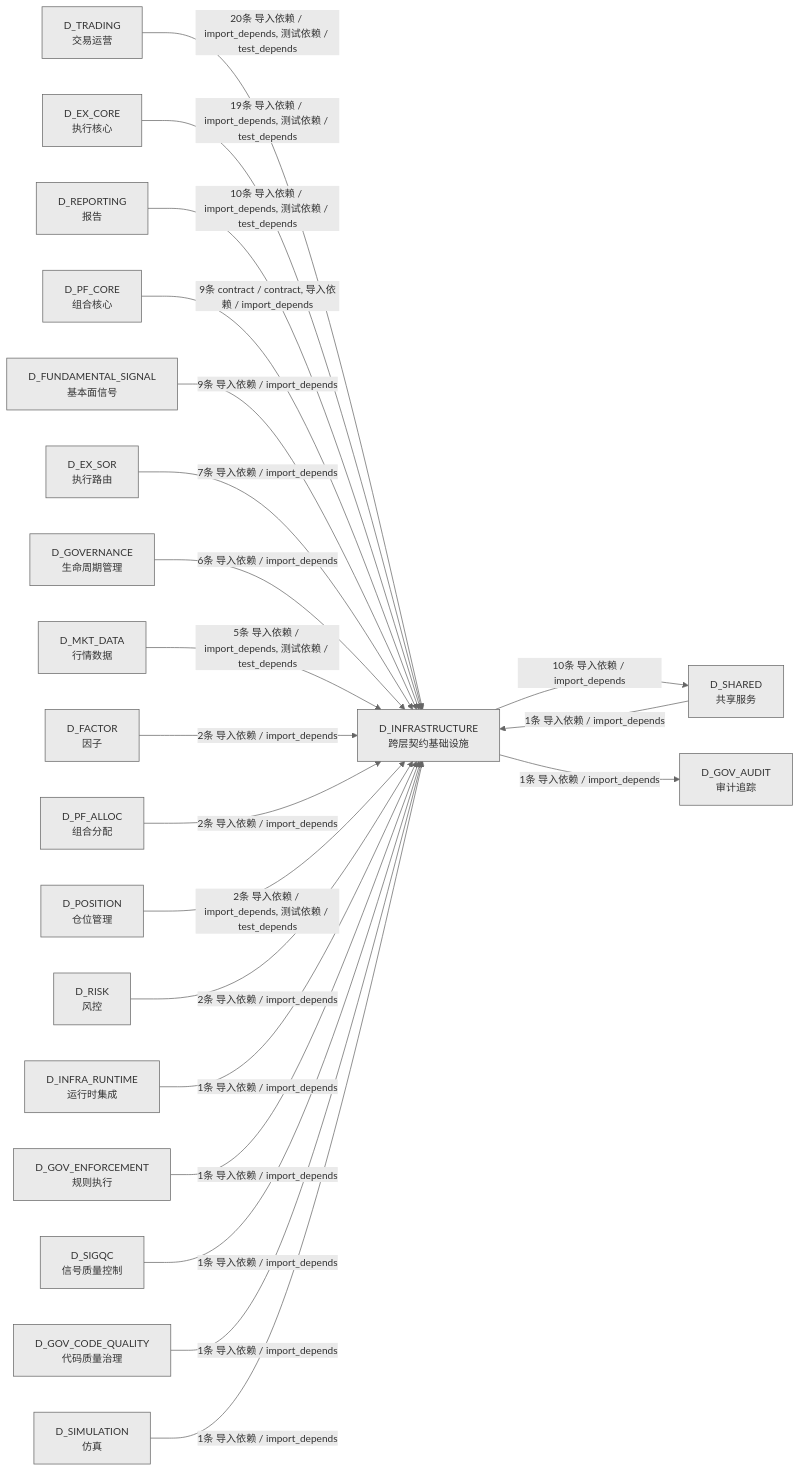
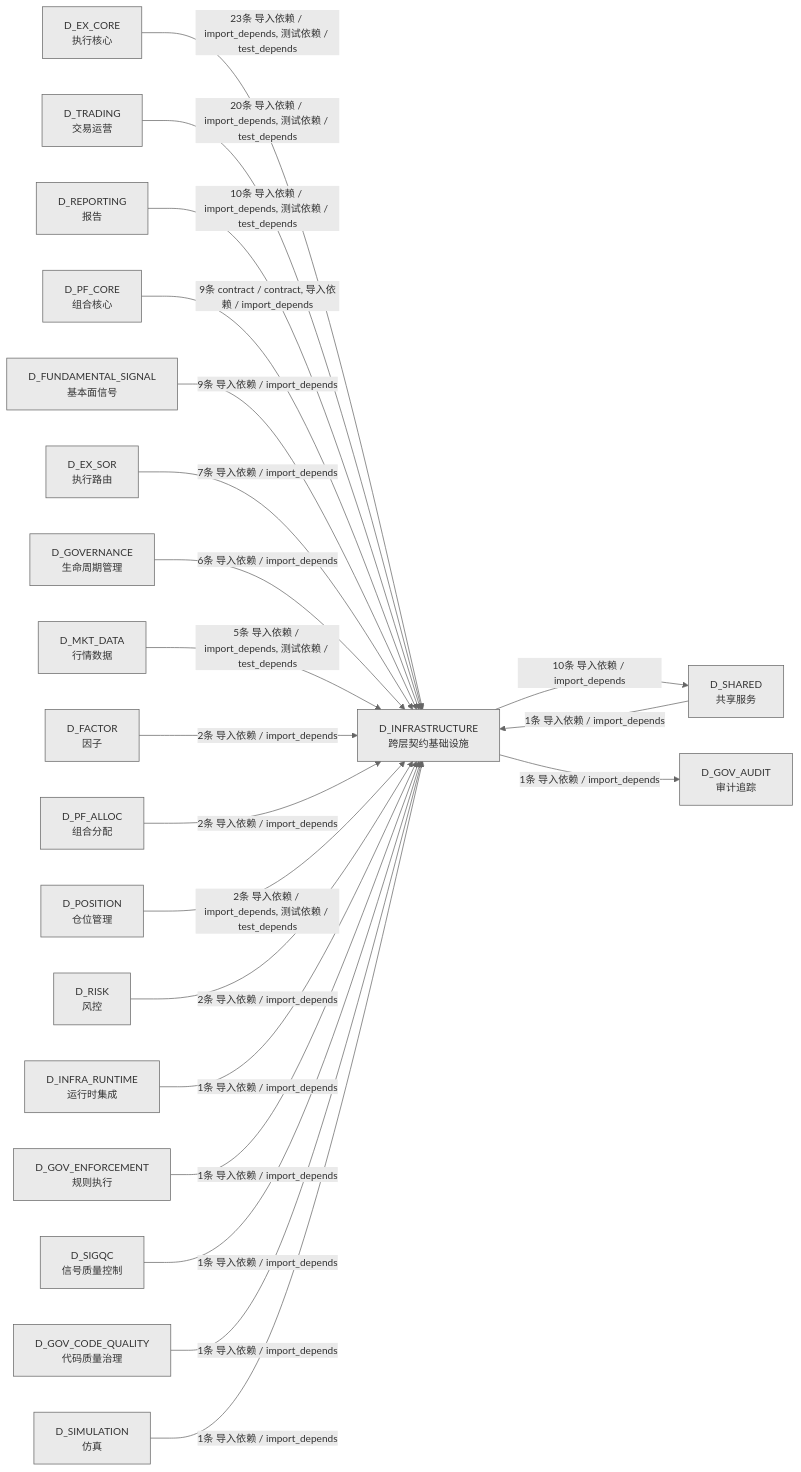
Before and after one commit to xuanFelixVan/ZephyrAlpha: the third of 3 diagrams in docs/02_enterprise_architecture/02_domain_architecture_docs/02_d_infrastructure.md, drawn with Mermaid. The commit also changed other lines of this file and 44 other files, not shown here.

````diff
--- a/docs/02_enterprise_architecture/02_domain_architecture_docs/02_d_infrastructure.md
+++ b/docs/02_enterprise_architecture/02_domain_architecture_docs/02_d_infrastructure.md
@@ -346,44 +350,44 @@
 ```mermaid
 %%{init: {'theme': 'base', 'themeVariables': {'primaryColor': '#eaeaea', 'primaryTextColor': '#333333', 'primaryBorderColor': '#666666', 'lineColor': '#666666', 'secondaryColor': '#eaeaea', 'tertiaryColor': '#eaeaea', 'fontSize': '14px'}}}%%
 graph LR
     D_INFRASTRUCTURE["D_INFRASTRUCTURE<br/>跨层契约基础设施"]
     D_SHARED["D_SHARED<br/>共享服务"]
     D_GOV_AUDIT["D_GOV_AUDIT<br/>审计追踪"]
+    D_EX_CORE["D_EX_CORE<br/>执行核心"]
     D_TRADING["D_TRADING<br/>交易运营"]
-    D_EX_CORE["D_EX_CORE<br/>执行核心"]
     D_REPORTING["D_REPORTING<br/>报告"]
     D_PF_CORE["D_PF_CORE<br/>组合核心"]
     D_FUNDAMENTAL_SIGNAL["D_FUNDAMENTAL_SIGNAL<br/>基本面信号"]
     D_EX_SOR["D_EX_SOR<br/>执行路由"]
     D_GOVERNANCE["D_GOVERNANCE<br/>生命周期管理"]
     D_MKT_DATA["D_MKT_DATA<br/>行情数据"]
     D_FACTOR["D_FACTOR<br/>因子"]
     D_PF_ALLOC["D_PF_ALLOC<br/>组合分配"]
     D_POSITION["D_POSITION<br/>仓位管理"]
     D_RISK["D_RISK<br/>风控"]
     D_INFRA_RUNTIME["D_INFRA_RUNTIME<br/>运行时集成"]
     D_GOV_ENFORCEMENT["D_GOV_ENFORCEMENT<br/>规则执行"]
     D_SIGQC["D_SIGQC<br/>信号质量控制"]
     D_GOV_CODE_QUALITY["D_GOV_CODE_QUALITY<br/>代码质量治理"]
     D_SIMULATION["D_SIMULATION<br/>仿真"]
     D_INFRASTRUCTURE -->|10条 导入依赖 / import_depends| D_SHARED
     D_INFRASTRUCTURE -->|1条 导入依赖 / import_depends| D_GOV_AUDIT
+    D_EX_CORE -->|23条 导入依赖 / import_depends, 测试依赖 / test_depends| D_INFRASTRUCTURE
     D_TRADING -->|20条 导入依赖 / import_depends, 测试依赖 / test_depends| D_INFRASTRUCTURE
-    D_EX_CORE -->|19条 导入依赖 / import_depends, 测试依赖 / test_depends| D_INFRASTRUCTURE
     D_REPORTING -->|10条 导入依赖 / import_depends, 测试依赖 / test_depends| D_INFRASTRUCTURE
     D_PF_CORE -->|9条 contract / contract, 导入依赖 / import_depends| D_INFRASTRUCTURE
     D_FUNDAMENTAL_SIGNAL -->|9条 导入依赖 / import_depends| D_INFRASTRUCTURE
     D_EX_SOR -->|7条 导入依赖 / import_depends| D_INFRASTRUCTURE
     D_GOVERNANCE -->|6条 导入依赖 / import_depends| D_INFRASTRUCTURE
     D_MKT_DATA -->|5条 导入依赖 / import_depends, 测试依赖 / test_depends| D_INFRASTRUCTURE
     D_FACTOR -->|2条 导入依赖 / import_depends| D_INFRASTRUCTURE
     D_PF_ALLOC -->|2条 导入依赖 / import_depends| D_INFRASTRUCTURE
     D_POSITION -->|2条 导入依赖 / import_depends, 测试依赖 / test_depends| D_INFRASTRUCTURE
     D_RISK -->|2条 导入依赖 / import_depends| D_INFRASTRUCTURE
     D_INFRA_RUNTIME -->|1条 导入依赖 / import_depends| D_INFRASTRUCTURE
     D_GOV_ENFORCEMENT -->|1条 导入依赖 / import_depends| D_INFRASTRUCTURE
     D_SHARED -->|1条 导入依赖 / import_depends| D_INFRASTRUCTURE
     D_SIGQC -->|1条 导入依赖 / import_depends| D_INFRASTRUCTURE
     D_GOV_CODE_QUALITY -->|1条 导入依赖 / import_depends| D_INFRASTRUCTURE
     D_SIMULATION -->|1条 导入依赖 / import_depends| D_INFRASTRUCTURE
 ```
````
